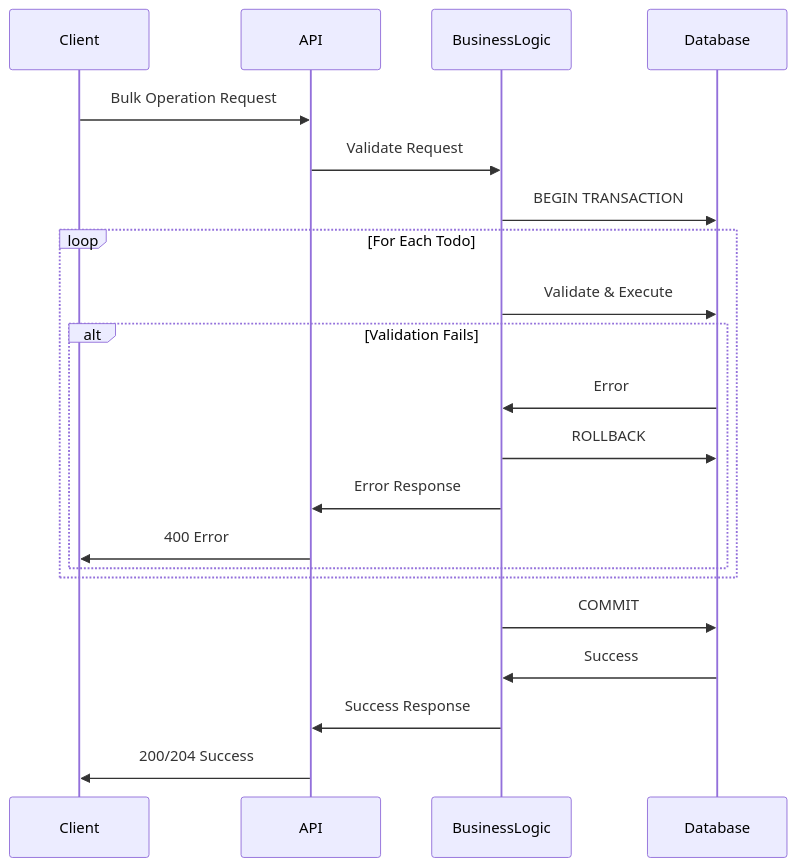
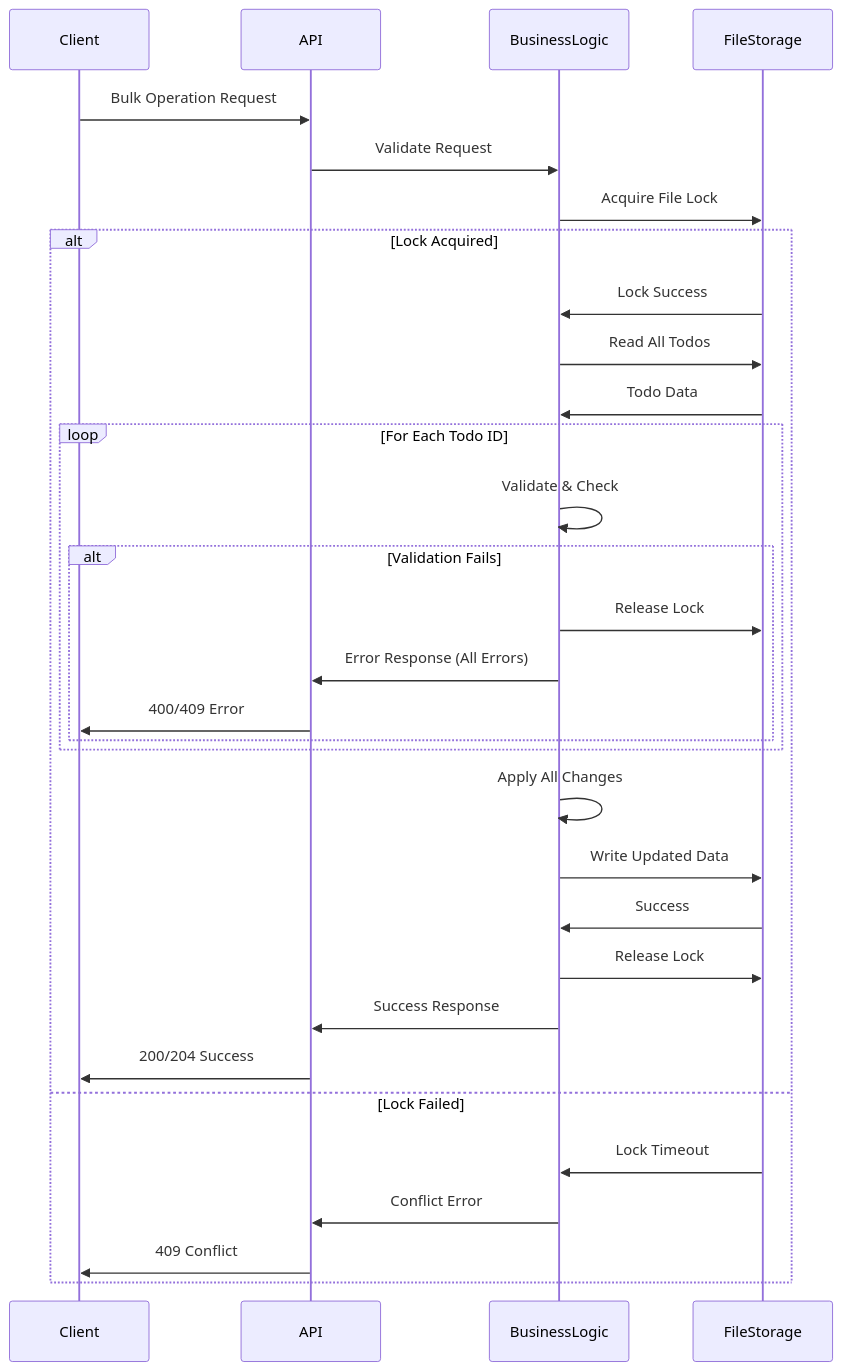
The seventh of 11 diagrams in todo-app/docs/design/hld.md (midearth-labs/web-agent-protocol), drawn with Mermaid before and after one commit. The commit also changed other lines of this file and 5 other files, not shown here.

````diff
--- a/todo-app/docs/design/hld.md
+++ b/todo-app/docs/design/hld.md
@@ -393,26 +429,37 @@
 ```mermaid
 sequenceDiagram
     participant Client
     participant API
     participant BusinessLogic
-    participant Database
+    participant FileStorage
     
     Client->>API: Bulk Operation Request
     API->>BusinessLogic: Validate Request
-    BusinessLogic->>Database: BEGIN TRANSACTION
+    BusinessLogic->>FileStorage: Acquire File Lock
     
-    loop For Each Todo
-        BusinessLogic->>Database: Validate & Execute
-        alt Validation Fails
-            Database->>BusinessLogic: Error
-            BusinessLogic->>Database: ROLLBACK
-            BusinessLogic->>API: Error Response
-            API->>Client: 400 Error
+    alt Lock Acquired
+        FileStorage->>BusinessLogic: Lock Success
+        BusinessLogic->>FileStorage: Read All Todos
+        FileStorage->>BusinessLogic: Todo Data
+        
+        loop For Each Todo ID
+            BusinessLogic->>BusinessLogic: Validate & Check
+            alt Validation Fails
+                BusinessLogic->>FileStorage: Release Lock
+                BusinessLogic->>API: Error Response (All Errors)
+                API->>Client: 400/409 Error
+            end
         end
+        
+        BusinessLogic->>BusinessLogic: Apply All Changes
+        BusinessLogic->>FileStorage: Write Updated Data
+        FileStorage->>BusinessLogic: Success
+        BusinessLogic->>FileStorage: Release Lock
+        BusinessLogic->>API: Success Response
+        API->>Client: 200/204 Success
+    else Lock Failed
+        FileStorage->>BusinessLogic: Lock Timeout
+        BusinessLogic->>API: Conflict Error
+        API->>Client: 409 Conflict
     end
-    
-    BusinessLogic->>Database: COMMIT
-    Database->>BusinessLogic: Success
-    BusinessLogic->>API: Success Response
-    API->>Client: 200/204 Success
 ```
````
